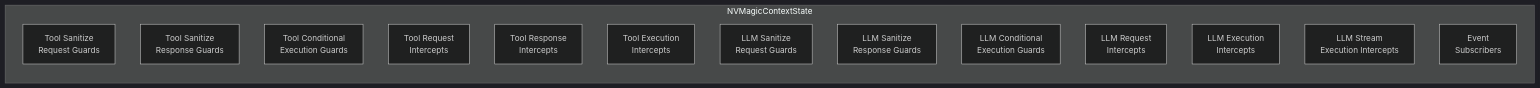
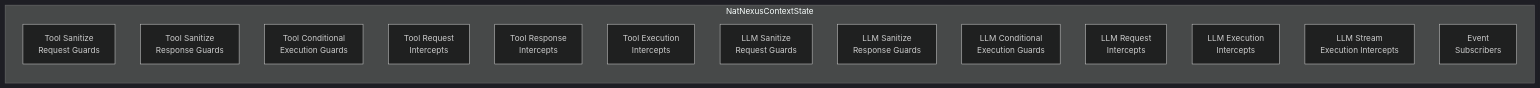
Before and after one commit to NVIDIA/NeMo-Relay: the second of 3 diagrams in docs/architecture.md, drawn with Mermaid (dark theme). The commit also changed other lines of this file and 142 other files, not shown here.

````diff
--- a/docs/architecture.md
+++ b/docs/architecture.md
@@ -114,20 +114,20 @@
 ```mermaid
 graph LR
-    subgraph "NVMagicContextState"
+    subgraph "NatNexusContextState"
         TSR[Tool Sanitize<br/>Request Guards]
         TSP[Tool Sanitize<br/>Response Guards]
         TCE[Tool Conditional<br/>Execution Guards]
         TRI[Tool Request<br/>Intercepts]
         TRSI[Tool Response<br/>Intercepts]
         TEI[Tool Execution<br/>Intercepts]
 
         LSR[LLM Sanitize<br/>Request Guards]
         LSP[LLM Sanitize<br/>Response Guards]
         LCE[LLM Conditional<br/>Execution Guards]
         LRI[LLM Request<br/>Intercepts]
         LEI[LLM Execution<br/>Intercepts]
         LSEI[LLM Stream<br/>Execution Intercepts]
 
         SUBS[Event<br/>Subscribers]
     end
 ```
````
